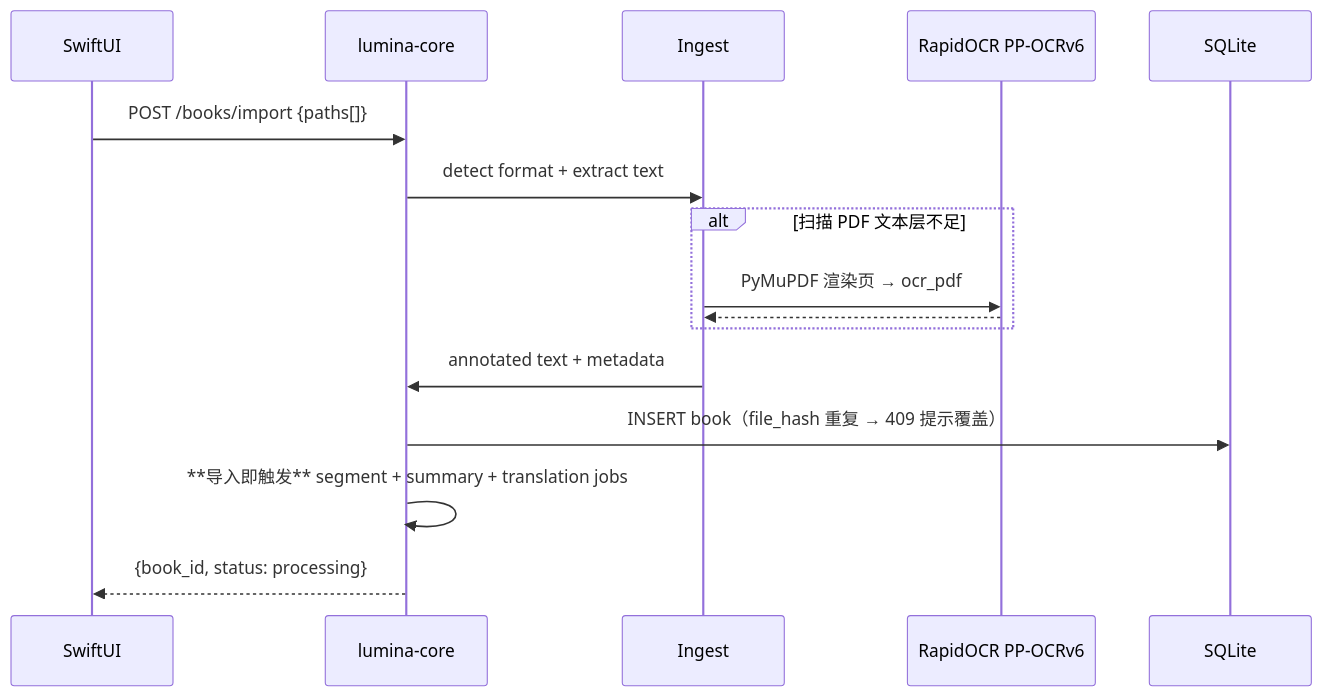
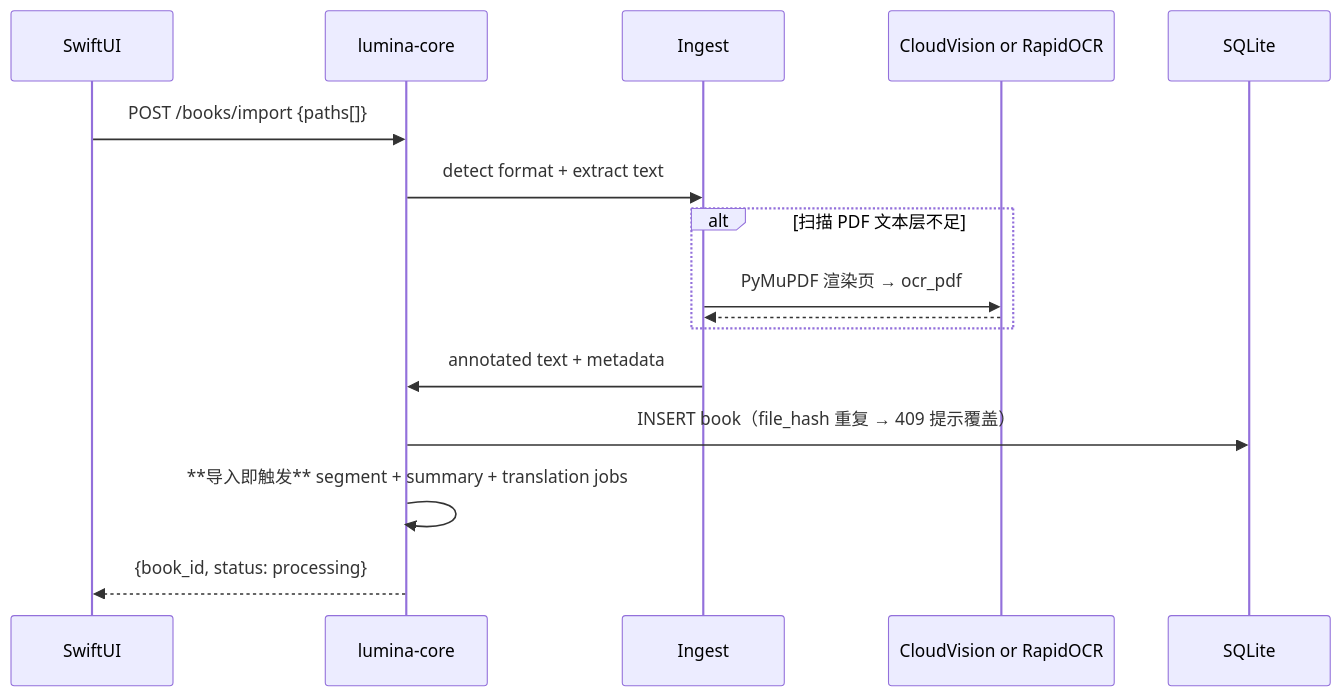
The second of 3 diagrams in docs/TDD.md (hezhenghui7338/Lumina), drawn with Mermaid before and after one commit. The commit also changed other lines of this file and 171 other files, not shown here.

````diff
--- a/docs/TDD.md
+++ b/docs/TDD.md
@@ -268,19 +285,19 @@
 ```mermaid
 sequenceDiagram
   participant App as SwiftUI
   participant API as lumina-core
   participant Ingest as Ingest
-  participant OCR as RapidOCR PP-OCRv6
+  participant OCR as CloudVision or RapidOCR
   participant DB as SQLite
 
   App->>API: POST /books/import {paths[]}
   API->>Ingest: detect format + extract text
   alt 扫描 PDF 文本层不足
     Ingest->>OCR: PyMuPDF 渲染页 → ocr_pdf
     OCR-->>Ingest: ## [p.N] 标注文本
   end
   Ingest->>API: annotated text + metadata
   API->>DB: INSERT book（file_hash 重复 → 409 提示覆盖）
   API->>API: **导入即触发** segment + summary + translation jobs
   API-->>App: {book_id, status: processing}
 ```
````
